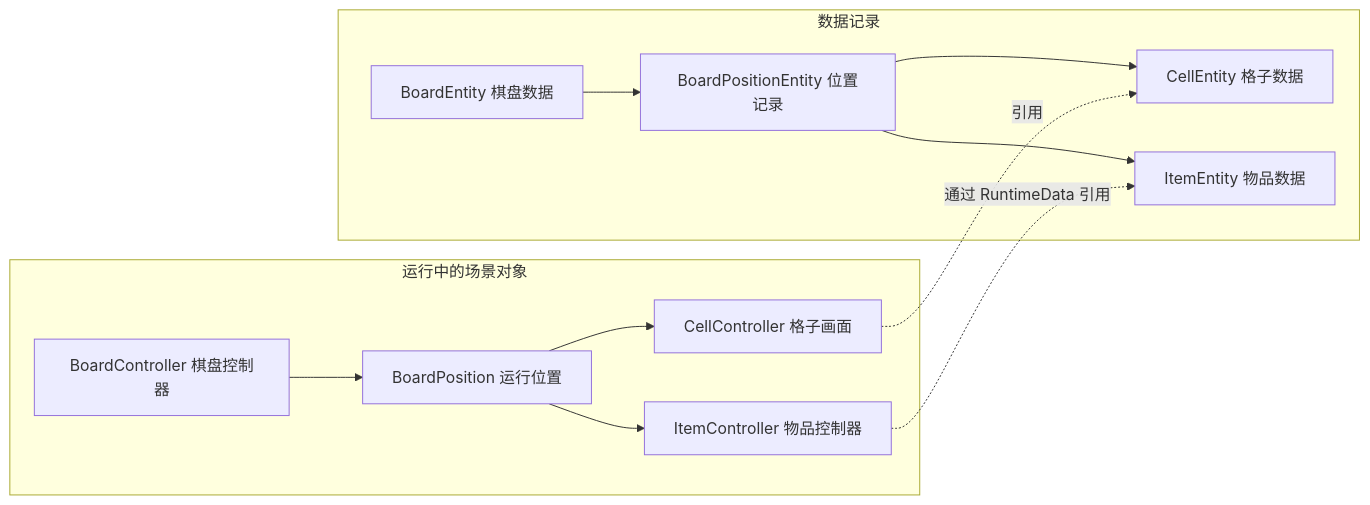
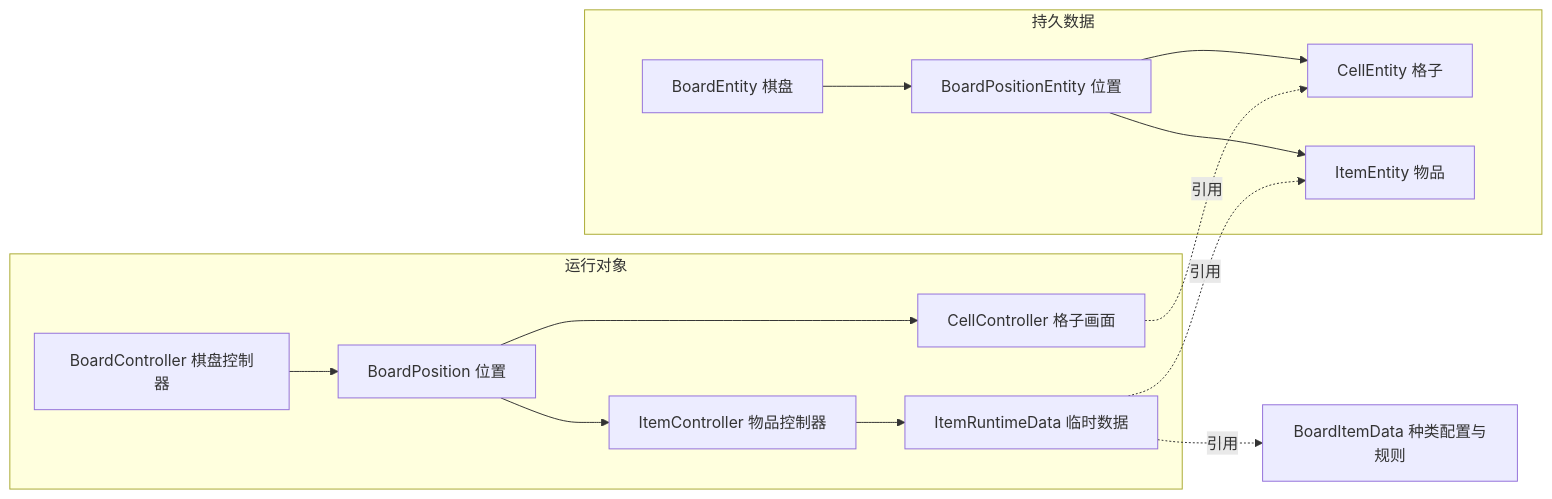
One commit to LIQIANGEASTSUN/MergeTwo changed the diagram in 参考项目/MergeStudio_4.5.0_APKPure/_分析实现方案/01_架构与数据模型.md. Above: the diagram before and after it, drawn with Mermaid. The commit also changed other lines of this file and 54 other files, not shown here.

````diff
--- a/参考项目/MergeStudio_4.5.0_APKPure/_分析实现方案/01_架构与数据模型.md
+++ b/参考项目/MergeStudio_4.5.0_APKPure/_分析实现方案/01_架构与数据模型.md
@@ -30,15 +26,17 @@
 ```mermaid
 flowchart LR
-  subgraph data[数据记录]
-    BE[BoardEntity 棋盘数据] --> PE[BoardPositionEntity 位置记录]
-    PE --> CE[CellEntity 格子数据]
-    PE --> IE[ItemEntity 物品数据]
+  subgraph data[持久数据]
+    BE[BoardEntity 棋盘] --> PE[BoardPositionEntity 位置]
+    PE --> CE[CellEntity 格子]
+    PE --> IE[ItemEntity 物品]
   end
-  subgraph scene[运行中的场景对象]
-    BC[BoardController 棋盘控制器] --> P[BoardPosition 运行位置]
-    P --> CC[CellController 格子画面]
-    P --> IC[ItemController 物品控制器]
+  subgraph scene[运行对象]
+    BC[BoardController 棋盘控制器] --> BP[BoardPosition 位置]
+    BP --> CC[CellController 格子画面]
+    BP --> IC[ItemController 物品控制器]
+    IC --> RD[ItemRuntimeData 临时数据]
   end
   CC -.引用.-> CE
-  IC -.通过 RuntimeData 引用.-> IE
+  RD -.引用.-> IE
+  RD -.引用.-> BD[BoardItemData 种类配置与规则]
 ```
````
